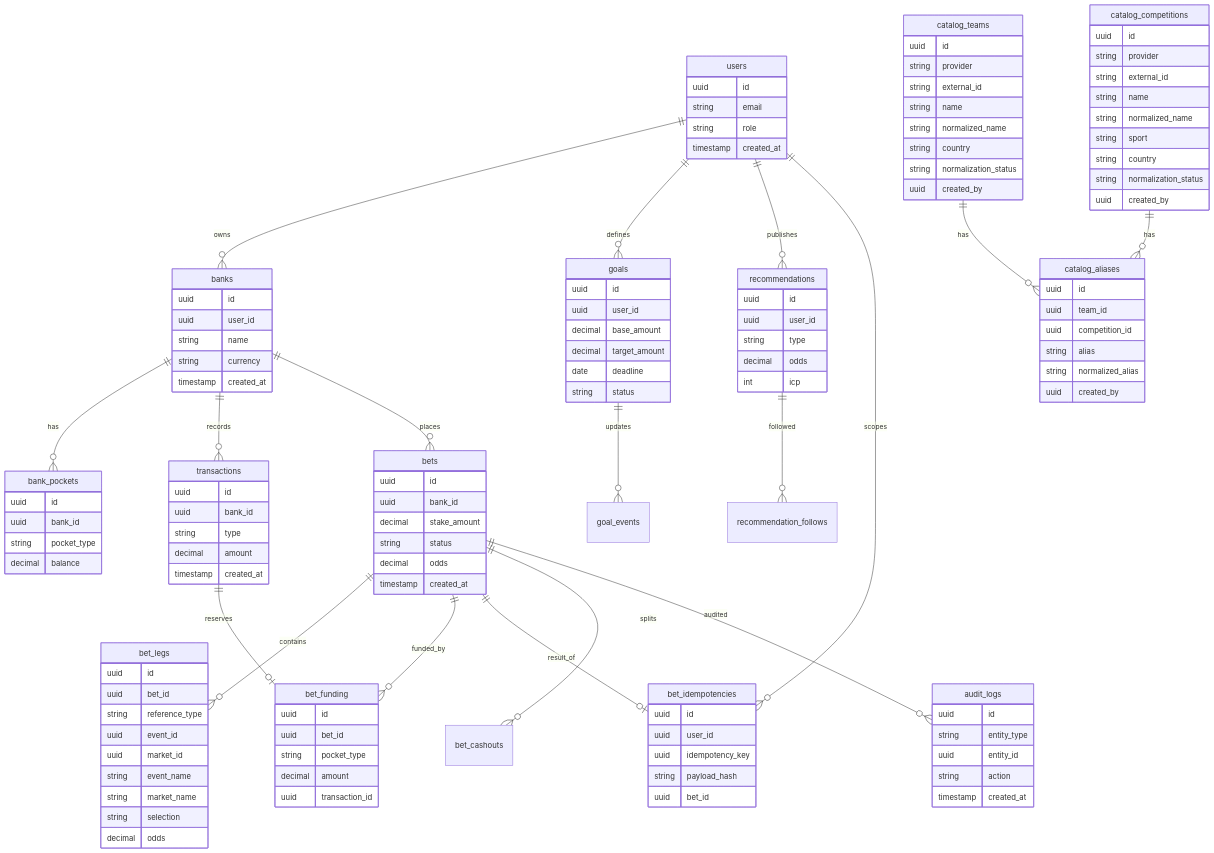
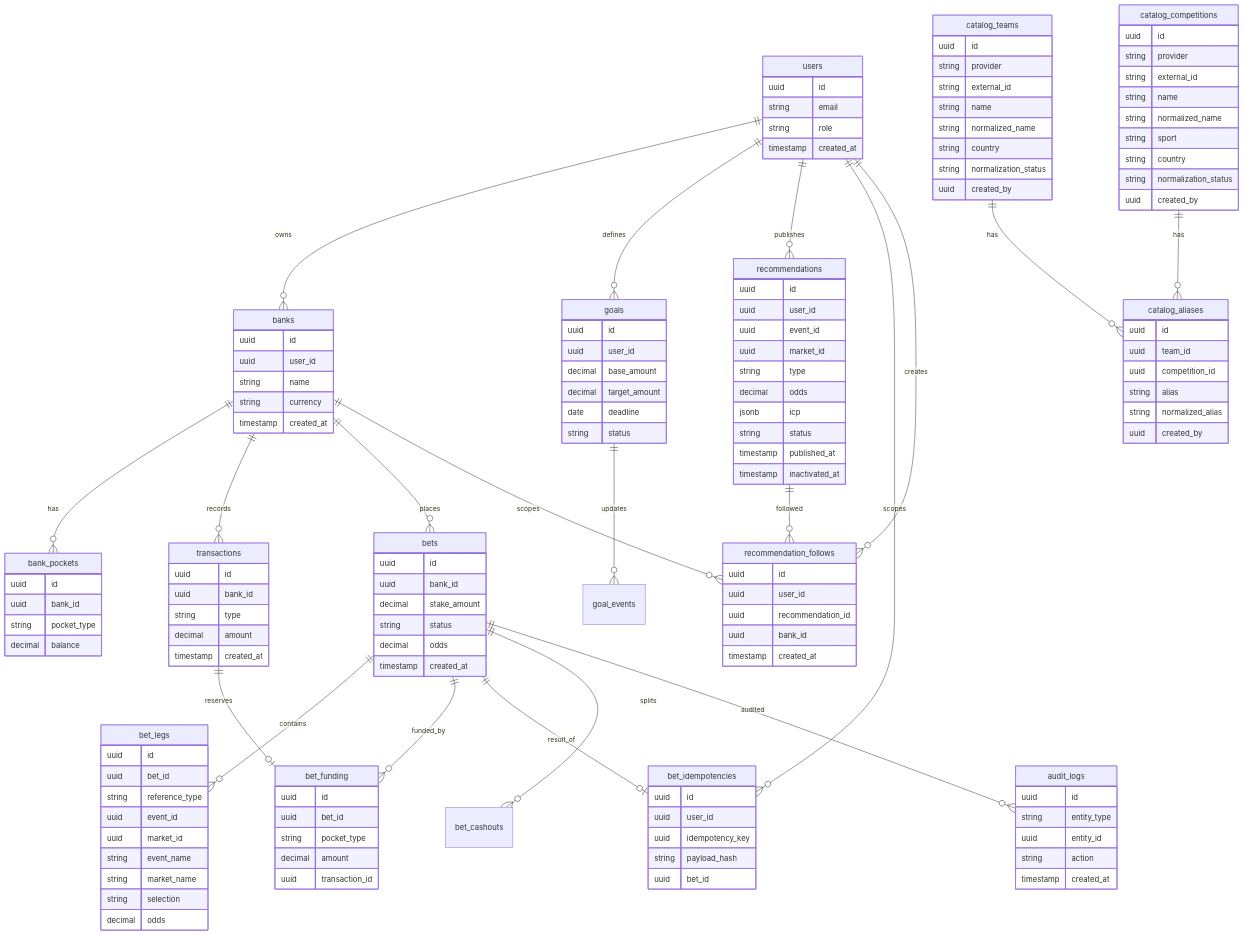
The second of 3 diagrams in .context/SRS/architecture-specs.md (yxsinell/StakeLedger), drawn with Mermaid before and after one commit. The commit also changed other lines of this file and 18 other files, not shown here.

```diff
--- a/.context/SRS/architecture-specs.md
+++ b/.context/SRS/architecture-specs.md
@@ -41,6 +40,8 @@
   bets ||--o{ bet_cashouts : splits
   bets ||--o{ audit_logs : audited
   goals ||--o{ goal_events : updates
+  users ||--o{ recommendation_follows : creates
+  banks ||--o{ recommendation_follows : scopes
   recommendations ||--o{ recommendation_follows : followed
   catalog_teams ||--o{ catalog_aliases : has
   catalog_competitions ||--o{ catalog_aliases : has
@@ -115,9 +116,21 @@
   recommendations {
     uuid id
     uuid user_id
+    uuid event_id
+    uuid market_id
     string type
     decimal odds
-    int icp
+    jsonb icp
+    string status
+    timestamp published_at
+    timestamp inactivated_at
+  }
+  recommendation_follows {
+    uuid id
+    uuid user_id
+    uuid recommendation_id
+    uuid bank_id
+    timestamp created_at
   }
   catalog_teams {
     uuid id
```
